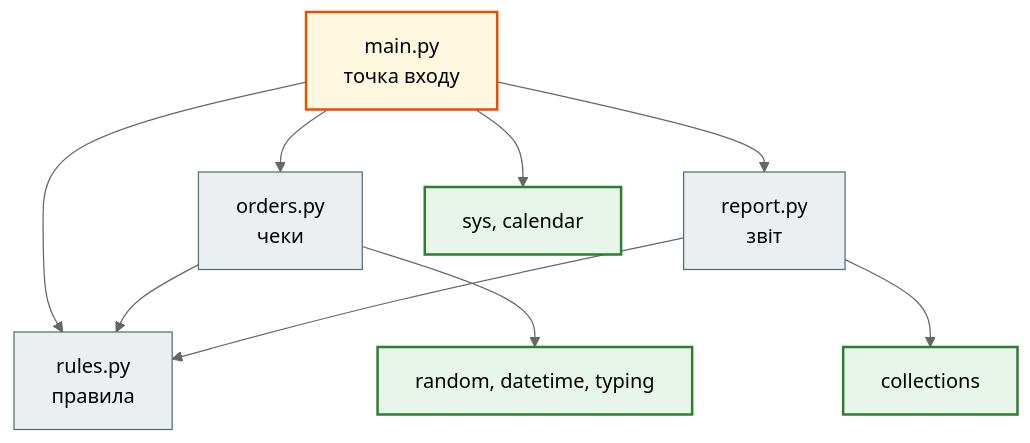
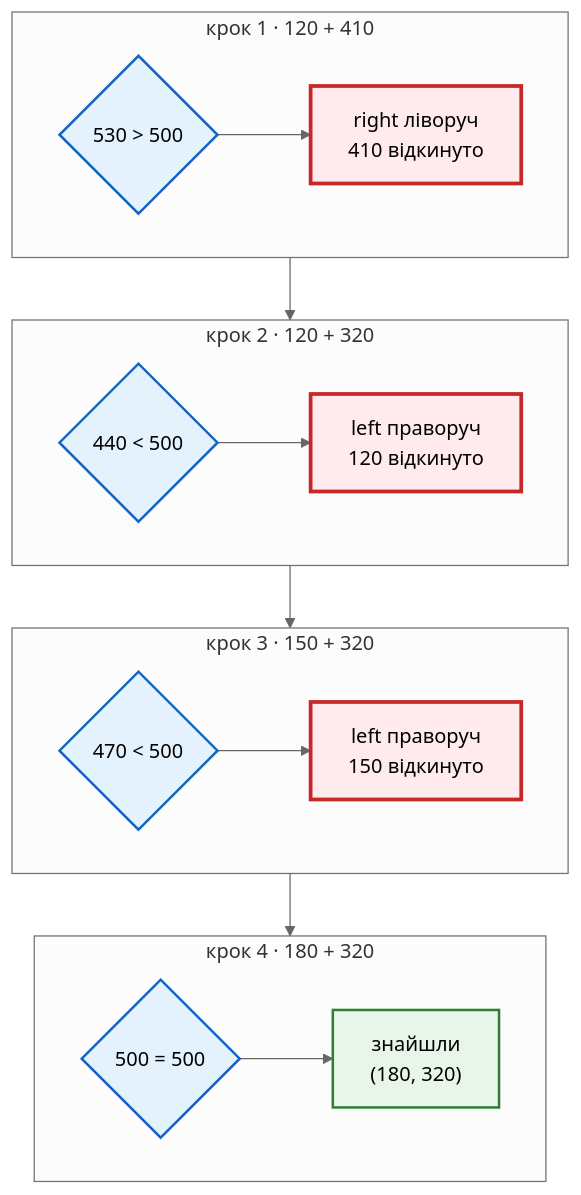
One commit to AlinaRadchenko/PY-Course-Victor-Nikoriak-22-09-2026 changed the third of 4 diagrams in docs/modules/m1/lesson_12.md. Above: the diagram before and after it, drawn with Mermaid (neutral theme). The commit also changed other lines of this file and 1846 other files, not shown here.

````diff
--- a/docs/modules/m1/lesson_12.md
+++ b/docs/modules/m1/lesson_12.md
@@ -94,21 +296,30 @@
 ```mermaid
 flowchart TD
     classDef step     fill:#eceff1,stroke:#546e7a,stroke-width:1px;
     classDef decision fill:#e3f2fd,stroke:#1565c0,stroke-width:2px;
     classDef success  fill:#e8f5e9,stroke:#2e7d32,stroke-width:2px;
     classDef error    fill:#ffebee,stroke:#c62828,stroke-width:3px;
     classDef warning  fill:#fff8e1,stroke:#e65100,stroke-width:2px;
 
-    M["main.py<br>точка входу"] --> O["orders.py<br>чеки"]
-    M --> R["report.py<br>звіт"]
-    M --> U["rules.py<br>правила"]
-    O --> U
-    R --> U
-    M --> S1["sys, calendar"]
-    O --> S2["random, datetime, typing"]
-    R --> S3["collections"]
+    subgraph K1["крок 1 · 120 + 410"]
+        direction LR
+        S1{"530 > 500"} --> A1["right ліворуч<br>410 відкинуто"]
+    end
+    subgraph K2["крок 2 · 120 + 320"]
+        direction LR
+        S2{"440 < 500"} --> A2["left праворуч<br>120 відкинуто"]
+    end
+    subgraph K3["крок 3 · 150 + 320"]
+        direction LR
+        S3{"470 < 500"} --> A3["left праворуч<br>150 відкинуто"]
+    end
+    subgraph K4["крок 4 · 180 + 320"]
+        direction LR
+        S4{"500 = 500"} --> A4["знайшли<br>(180, 320)"]
+    end
+    K1 --> K2 --> K3 --> K4
 
-    class M warning
-    class O,R,U step
-    class S1,S2,S3 success
+    class S1,S2,S3,S4 decision
+    class A1,A2,A3 error
+    class A4 success
 ```
````
